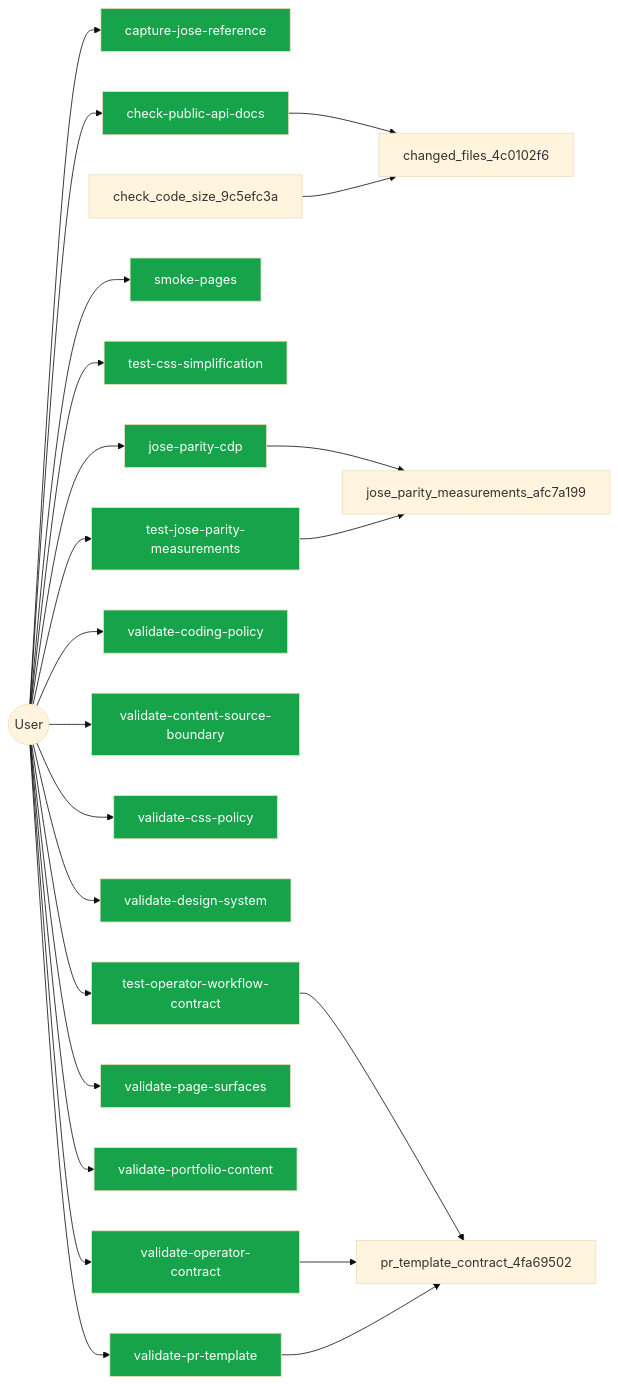
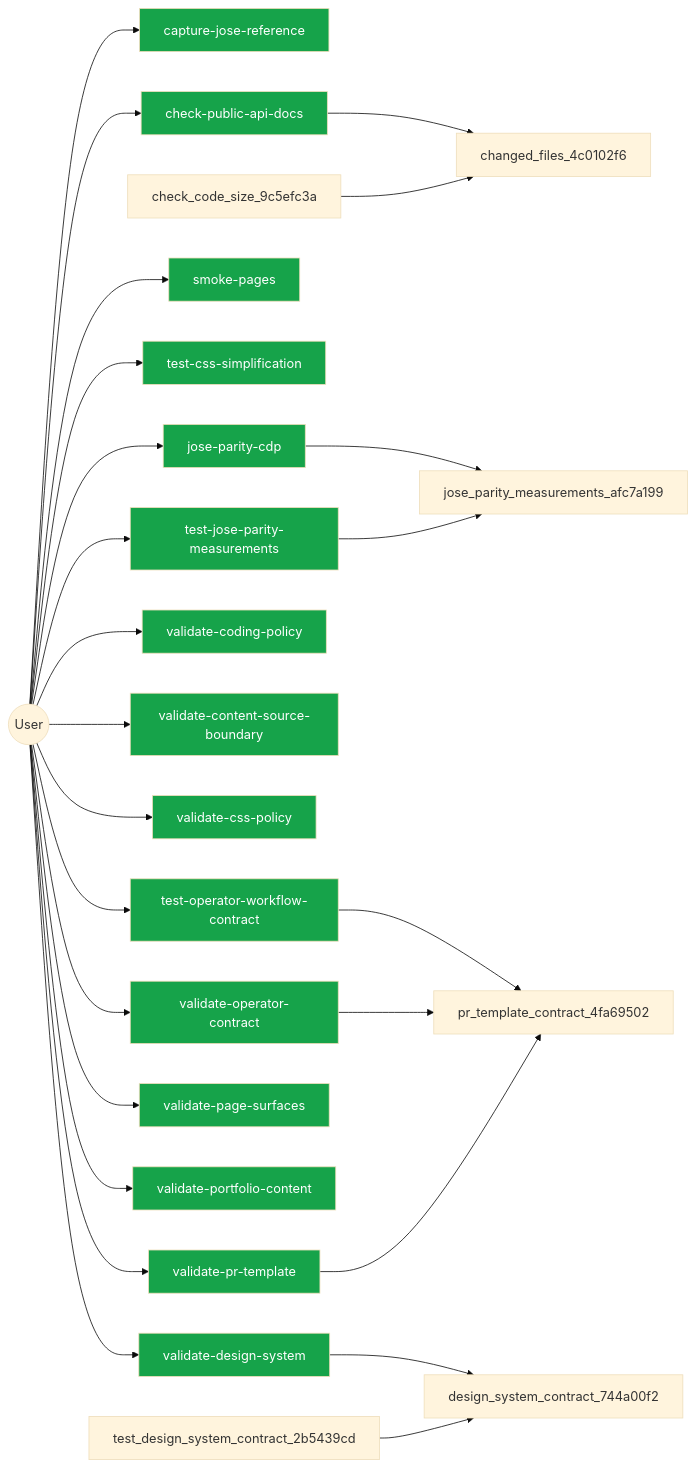
Before and after one commit to jscraik/websites: the diagram in .diagram/user.mmd, drawn with Mermaid (base theme). The commit also changed 29 other files, not shown here.

```diff
--- a/.diagram/user.mmd
+++ b/.diagram/user.mmd
@@ -1,41 +1,43 @@
 flowchart LR
   User(("User"))
   capture_jose_reference_e7b66705["capture-jose-reference"]
   User --> capture_jose_reference_e7b66705
   check_public_api_docs_a9604f1b["check-public-api-docs"]
   User --> check_public_api_docs_a9604f1b
   jose_parity_cdp_bdcde21d["jose-parity-cdp"]
   User --> jose_parity_cdp_bdcde21d
   smoke_pages_9a92b30d["smoke-pages"]
   User --> smoke_pages_9a92b30d
   test_css_simplification_05516724["test-css-simplification"]
   User --> test_css_simplification_05516724
   test_jose_parity_measurements_2477824f["test-jose-parity-measurements"]
   User --> test_jose_parity_measurements_2477824f
   test_operator_workflow_contract_b4a152d7["test-operator-workflow-contract"]
   User --> test_operator_workflow_contract_b4a152d7
   validate_coding_policy_29976175["validate-coding-policy"]
   User --> validate_coding_policy_29976175
   validate_content_source_boundary_8a6f121b["validate-content-source-boundary"]
   User --> validate_content_source_boundary_8a6f121b
   validate_css_policy_1c5ec854["validate-css-policy"]
   User --> validate_css_policy_1c5ec854
   validate_design_system_b8a5f37c["validate-design-system"]
   User --> validate_design_system_b8a5f37c
   validate_operator_contract_f777ed78["validate-operator-contract"]
   User --> validate_operator_contract_f777ed78
   validate_page_surfaces_078ef6b6["validate-page-surfaces"]
   User --> validate_page_surfaces_078ef6b6
   validate_portfolio_content_6d36990e["validate-portfolio-content"]
   User --> validate_portfolio_content_6d36990e
   validate_pr_template_1fc39e13["validate-pr-template"]
   User --> validate_pr_template_1fc39e13
   check_public_api_docs_a9604f1b --> changed_files_4c0102f6
   jose_parity_cdp_bdcde21d --> jose_parity_measurements_afc7a199
   test_jose_parity_measurements_2477824f --> jose_parity_measurements_afc7a199
   test_operator_workflow_contract_b4a152d7 --> pr_template_contract_4fa69502
+  validate_design_system_b8a5f37c --> design_system_contract_744a00f2
   validate_operator_contract_f777ed78 --> pr_template_contract_4fa69502
   validate_pr_template_1fc39e13 --> pr_template_contract_4fa69502
   check_code_size_9c5efc3a --> changed_files_4c0102f6
+  test_design_system_contract_2b5439cd --> design_system_contract_744a00f2
   classDef userNode fill:#16a34a,color:#fff
   class capture_jose_reference_e7b66705,check_public_api_docs_a9604f1b,jose_parity_cdp_bdcde21d,smoke_pages_9a92b30d,test_css_simplification_05516724,test_jose_parity_measurements_2477824f,test_operator_workflow_contract_b4a152d7,validate_coding_policy_29976175,validate_content_source_boundary_8a6f121b,validate_css_policy_1c5ec854,validate_design_system_b8a5f37c,validate_operator_contract_f777ed78,validate_page_surfaces_078ef6b6,validate_portfolio_content_6d36990e,validate_pr_template_1fc39e13 userNode
```
